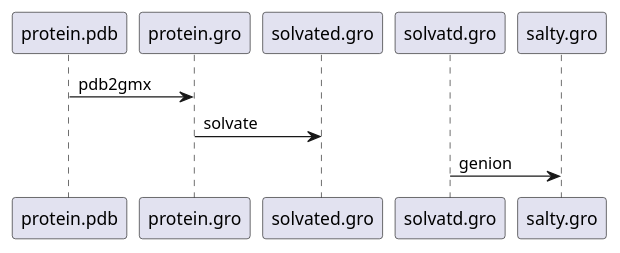
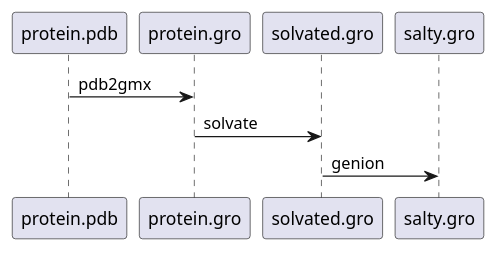
The diagram in sequence.md (aanil/Group1Day1), drawn with PlantUML before and after one commit.

````diff
--- a/sequence.md
+++ b/sequence.md
@@ -1,7 +1,7 @@
 ```PlantUML
 @startuml
 protein.pdb -> protein.gro : pdb2gmx 
 protein.gro -> solvated.gro : solvate
-solvatd.gro -> salty.gro : genion
+solvated.gro -> salty.gro : genion
 @enduml
 ```
````
